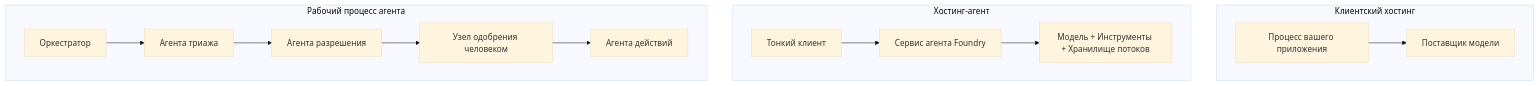
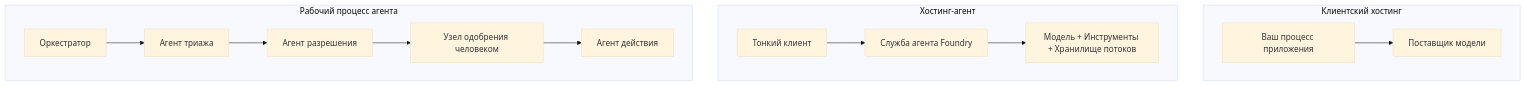
Before and after one commit to microsoft/ai-agents-for-beginners: the first of 4 diagrams in translations/ru/16-deploying-scalable-agents/README.md, drawn with Mermaid (base theme). The commit also changed other lines of this file and 47 other files, not shown here.

````diff
--- a/translations/ru/16-deploying-scalable-agents/README.md
+++ b/translations/ru/16-deploying-scalable-agents/README.md
@@ -87,16 +87,16 @@
 ```mermaid
 flowchart TB
     subgraph P1[Клиентский хостинг]
-        A1[Процесс вашего приложения] --> M1[Поставщик модели]
+        A1[Ваш процесс приложения] --> M1[Поставщик модели]
     end
     subgraph P2[Хостинг-агент]
-        A2[Тонкий клиент] --> F2[Сервис агента Foundry]
+        A2[Тонкий клиент] --> F2[Служба агента Foundry]
         F2 --> M2[Модель + Инструменты + Хранилище потоков]
     end
     subgraph P3[Рабочий процесс агента]
-        A3[Оркестратор] --> S1[Агента триажа]
-        S1 --> S2[Агента разрешения]
+        A3[Оркестратор] --> S1[Агент триажа]
+        S1 --> S2[Агент разрешения]
         S2 --> H[Узел одобрения человеком]
-        H --> S3[Агента действий]
+        H --> S3[Агент действия]
     end
 ```
````
